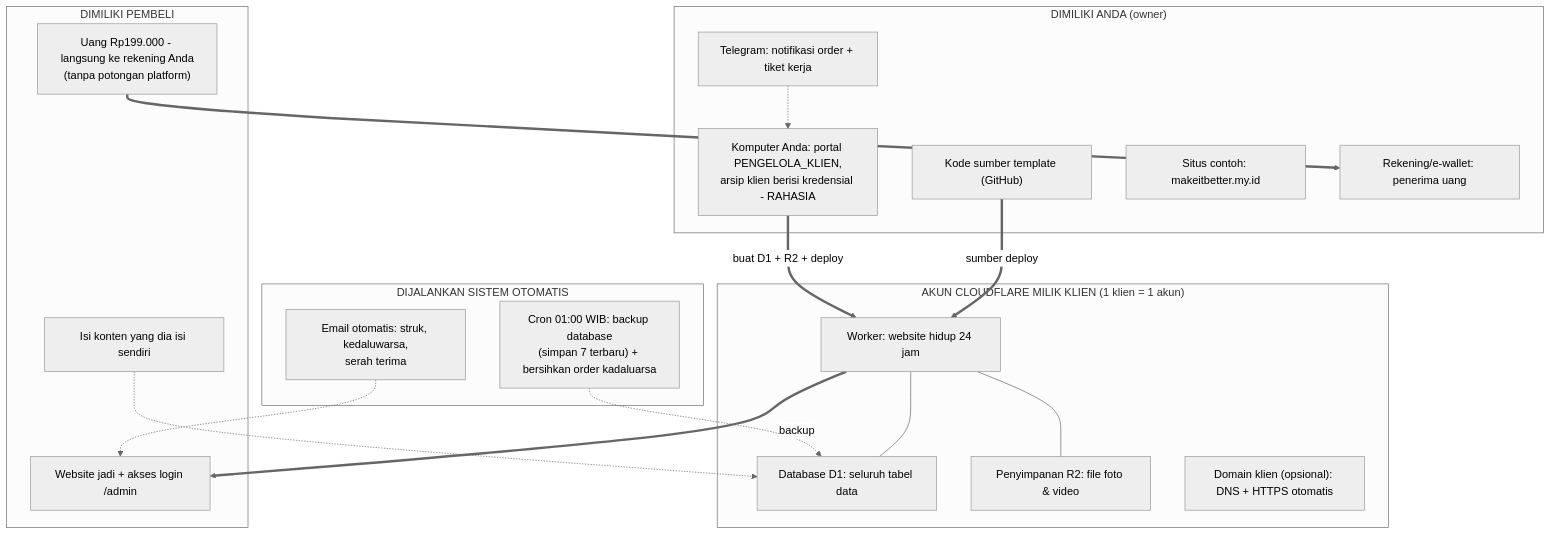
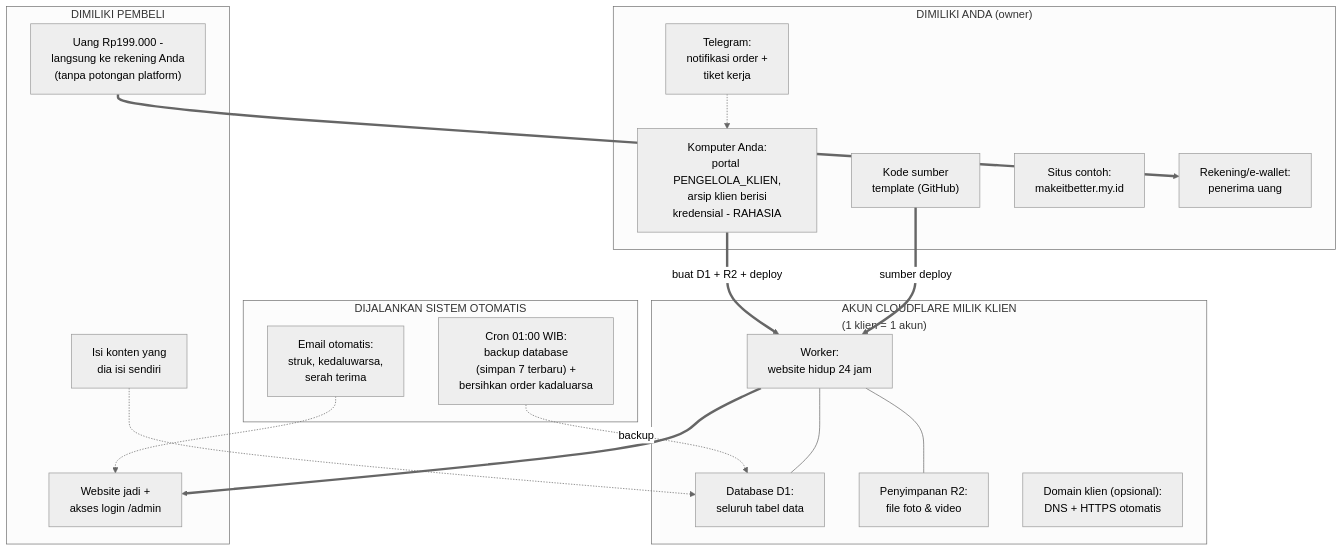
Before and after one commit to raaOS/portfolio-template: the diagram in docs/diagrams/peta-aset.mmd, drawn with Mermaid (neutral theme). The commit also changed 5 other files, not shown here.

```diff
--- a/docs/diagrams/peta-aset.mmd
+++ b/docs/diagrams/peta-aset.mmd
@@ -1,39 +1,39 @@
 %% Peta aset — siapa punya apa di mana (bahasa non-IT). Milik owner.
 %% Sumber kebenaran tunggal: dirender portal PENGELOLA_KLIEN (tab "Peta Bisnis").
 flowchart TB
   subgraph PEMBELI_BOX["DIMILIKI PEMBELI"]
-    PB1["Uang Rp199.000 - langsung ke rekening Anda<br/>(tanpa potongan platform)"]
-    PB2["Website jadi + akses login /admin"]
-    PB3["Isi konten yang dia isi sendiri"]
+    PB1["Uang Rp199.000 -<br/>langsung ke rekening Anda<br/>(tanpa potongan platform)"]
+    PB2["Website jadi +<br/>akses login /admin"]
+    PB3["Isi konten yang<br/>dia isi sendiri"]
   end
 
   subgraph OWNER_BOX["DIMILIKI ANDA (owner)"]
-    OW1["Kode sumber template (GitHub)"]
-    OW2["Komputer Anda: portal PENGELOLA_KLIEN,<br/>arsip klien berisi kredensial - RAHASIA"]
-    OW3["Telegram: notifikasi order + tiket kerja"]
-    OW4["Situs contoh: makeitbetter.my.id"]
-    OW5["Rekening/e-wallet: penerima uang"]
+    OW1["Kode sumber<br/>template (GitHub)"]
+    OW2["Komputer Anda:<br/>portal PENGELOLA_KLIEN,<br/>arsip klien berisi<br/>kredensial - RAHASIA"]
+    OW3["Telegram:<br/>notifikasi order +<br/>tiket kerja"]
+    OW4["Situs contoh:<br/>makeitbetter.my.id"]
+    OW5["Rekening/e-wallet:<br/>penerima uang"]
   end
 
-  subgraph CF_BOX["AKUN CLOUDFLARE MILIK KLIEN (1 klien = 1 akun)"]
-    CF1["Database D1: seluruh tabel data"]
-    CF2["Penyimpanan R2: file foto & video"]
-    CF3["Worker: website hidup 24 jam"]
-    CF4["Domain klien (opsional): DNS + HTTPS otomatis"]
+  subgraph CF_BOX["AKUN CLOUDFLARE MILIK KLIEN<br/>(1 klien = 1 akun)"]
+    CF1["Database D1:<br/>seluruh tabel data"]
+    CF2["Penyimpanan R2:<br/>file foto & video"]
+    CF3["Worker:<br/>website hidup 24 jam"]
+    CF4["Domain klien (opsional):<br/>DNS + HTTPS otomatis"]
     CF3 --- CF1
     CF3 --- CF2
   end
 
   subgraph AUTO_BOX["DIJALANKAN SISTEM OTOMATIS"]
-    AU1["Cron 01:00 WIB: backup database<br/>(simpan 7 terbaru) + bersihkan order kadaluarsa"]
-    AU2["Email otomatis: struk, kedaluwarsa,<br/>serah terima"]
+    AU1["Cron 01:00 WIB:<br/>backup database<br/>(simpan 7 terbaru) +<br/>bersihkan order kadaluarsa"]
+    AU2["Email otomatis:<br/>struk, kedaluwarsa,<br/>serah terima"]
   end
 
   PB1 ==> OW5
   OW1 ==>|sumber deploy| CF3
   OW2 ==>|buat D1 + R2 + deploy| CF3
   CF3 ==> PB2
   PB3 -.-> CF1
   AU1 -.->|backup| CF1
   AU2 -.-> PB2
   OW3 -.-> OW2
```
